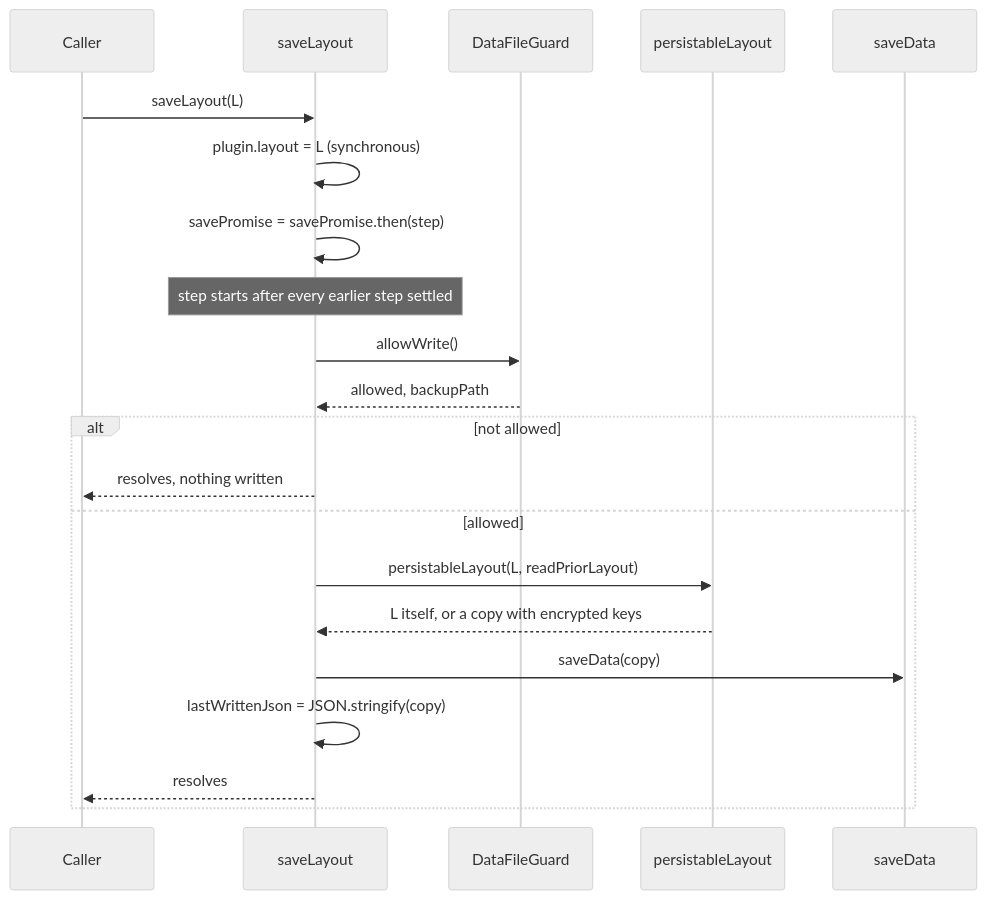
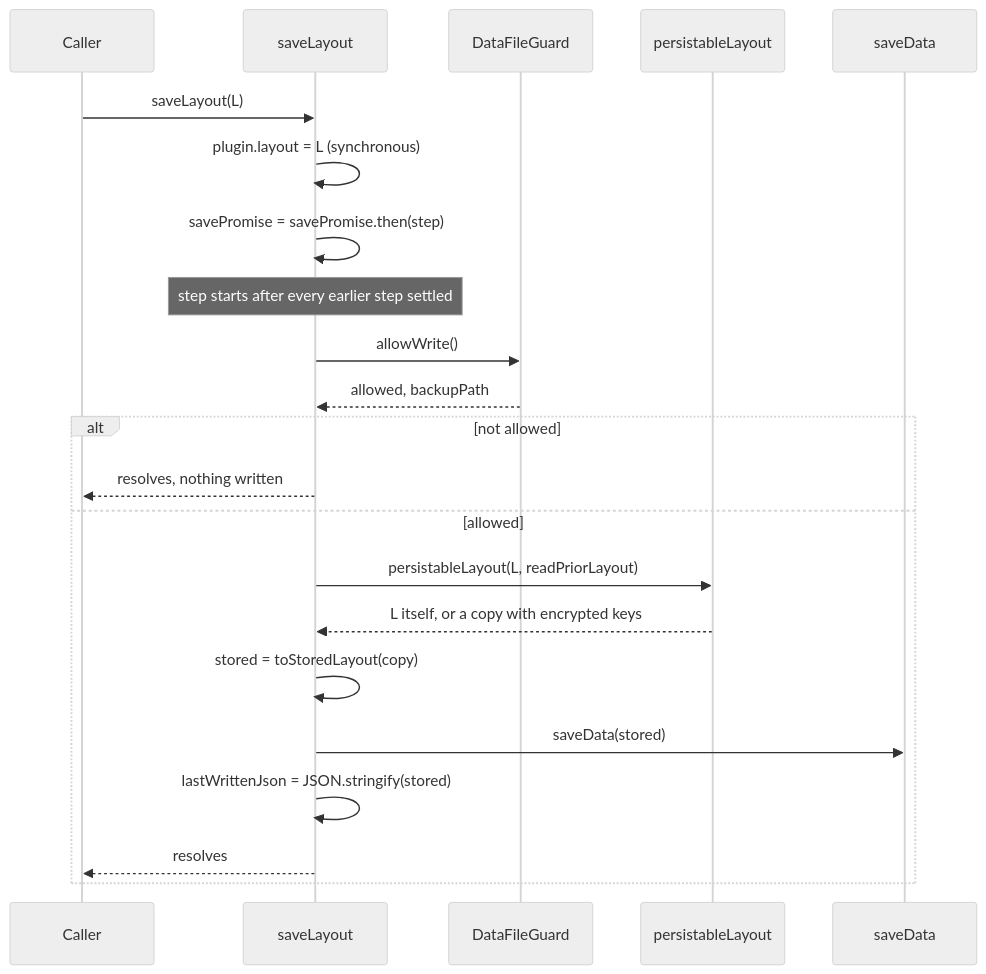
One commit to acaprino/obsidian-plugin-homepage changed the fourth of 4 diagrams in docs/data-model.md. Above: the diagram before and after it, drawn with Mermaid (neutral theme). The commit also changed other lines of this file and 11 other files, not shown here.

````diff
--- a/docs/data-model.md
+++ b/docs/data-model.md
@@ -382,23 +401,24 @@
 ```mermaid
 sequenceDiagram
   participant C as Caller
   participant P as saveLayout
   participant G as DataFileGuard
   participant K as persistableLayout
   participant D as saveData
   C->>P: saveLayout(L)
   P->>P: plugin.layout = L (synchronous)
   P->>P: savePromise = savePromise.then(step)
   Note over P: step starts after every earlier step settled
   P->>G: allowWrite()
   G-->>P: allowed, backupPath
   alt not allowed
     P-->>C: resolves, nothing written
   else allowed
     P->>K: persistableLayout(L, readPriorLayout)
     K-->>P: L itself, or a copy with encrypted keys
-    P->>D: saveData(copy)
-    P->>P: lastWrittenJson = JSON.stringify(copy)
+    P->>P: stored = toStoredLayout(copy)
+    P->>D: saveData(stored)
+    P->>P: lastWrittenJson = JSON.stringify(stored)
     P-->>C: resolves
   end
 ```
````
